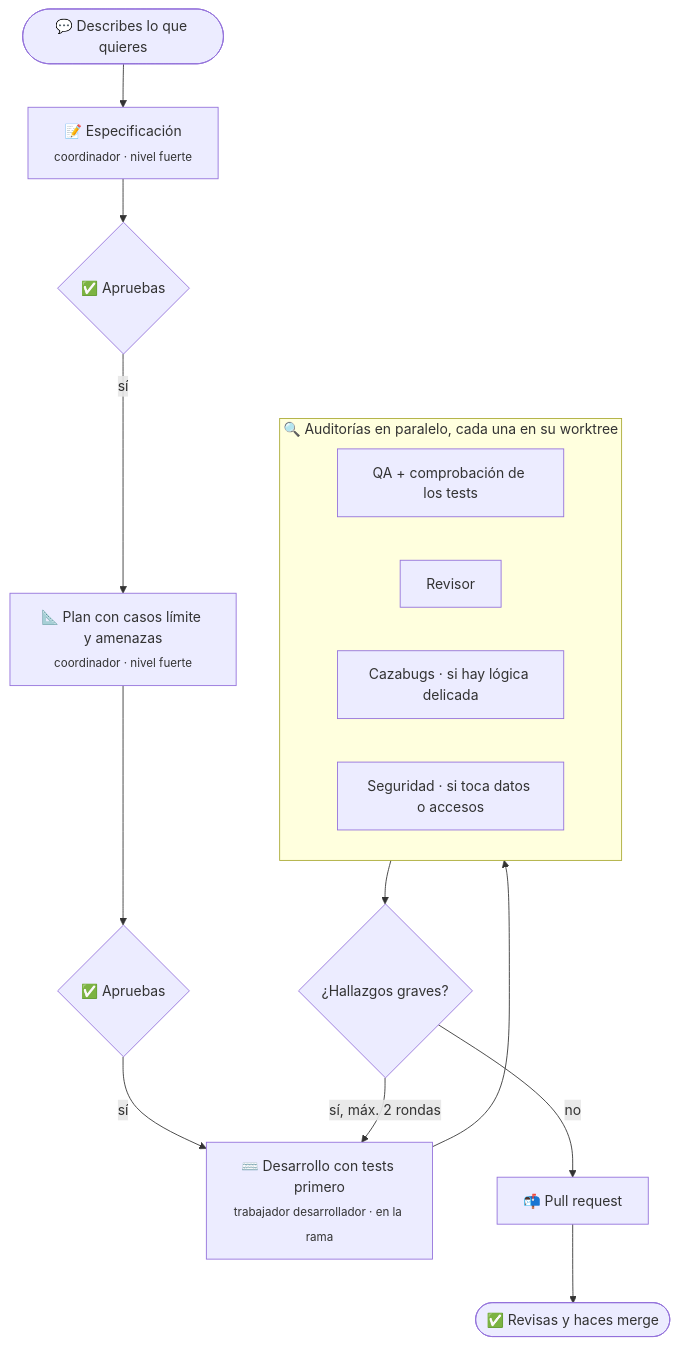
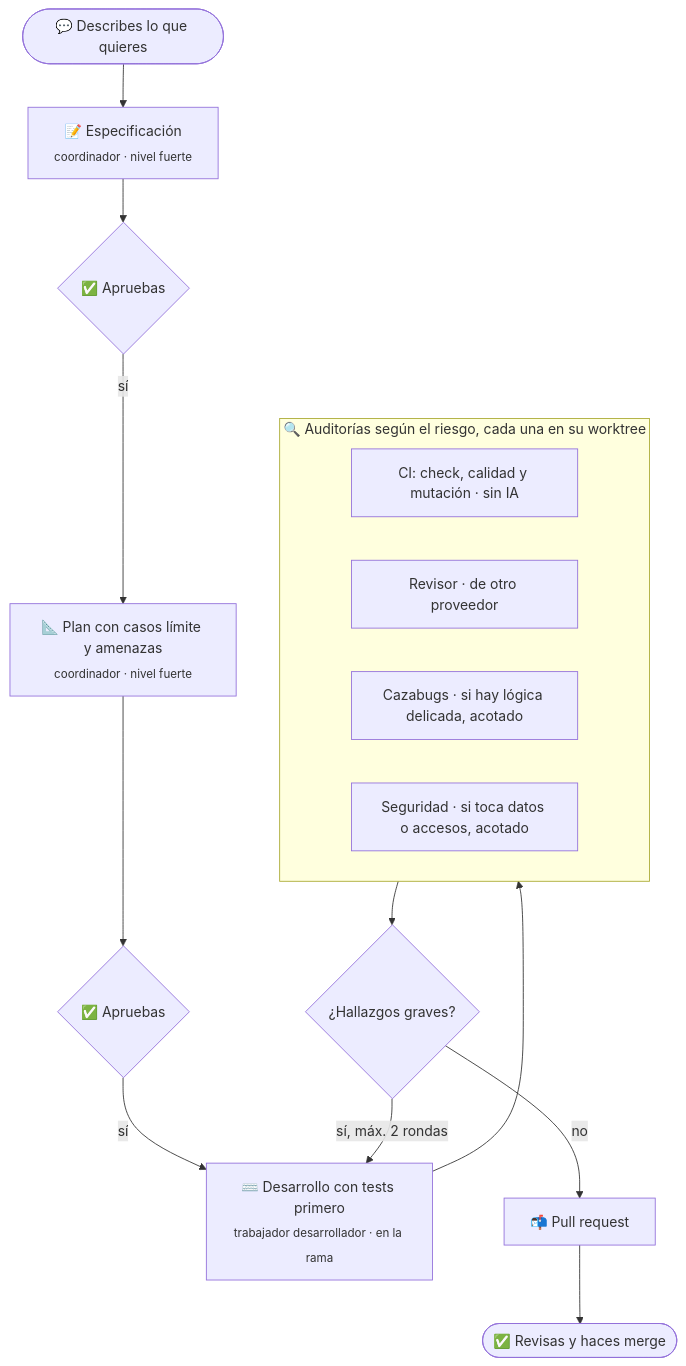
One commit to davidgarcia11/pilotfish changed the diagram in README.es.md. Above: the diagram before and after it, drawn with Mermaid. The commit also changed other lines of this file and 1 other file, not shown here.

Commit message:
docs: describe risk-based audits, scoped auditors and the feature log in both READMEs

````diff
--- a/README.es.md
+++ b/README.es.md
@@ -46,19 +46,19 @@
 ```mermaid
 flowchart TD
     A([💬 Describes lo que quieres]) --> B[📝 Especificación<br/><sub>coordinador · nivel fuerte</sub>]
     B --> C{✅ Apruebas}
     C -->|sí| D[📐 Plan con casos límite y amenazas<br/><sub>coordinador · nivel fuerte</sub>]
     D --> E{✅ Apruebas}
     E -->|sí| F[⌨️ Desarrollo con tests primero<br/><sub>trabajador desarrollador · en la rama</sub>]
     F --> G
-    subgraph G [🔍 Auditorías en paralelo, cada una en su worktree]
-        G1[QA + comprobación de los tests]
-        G2[Revisor]
-        G3[Cazabugs · si hay lógica delicada]
-        G4[Seguridad · si toca datos o accesos]
+    subgraph G [🔍 Auditorías según el riesgo, cada una en su worktree]
+        G1[CI: check, calidad y mutación · sin IA]
+        G2[Revisor · de otro proveedor]
+        G3[Cazabugs · si hay lógica delicada, acotado]
+        G4[Seguridad · si toca datos o accesos, acotado]
     end
     G --> H{¿Hallazgos graves?}
     H -->|sí, máx. 2 rondas| F
     H -->|no| I[📬 Pull request]
     I --> J([✅ Revisas y haces merge])
 ```
````
